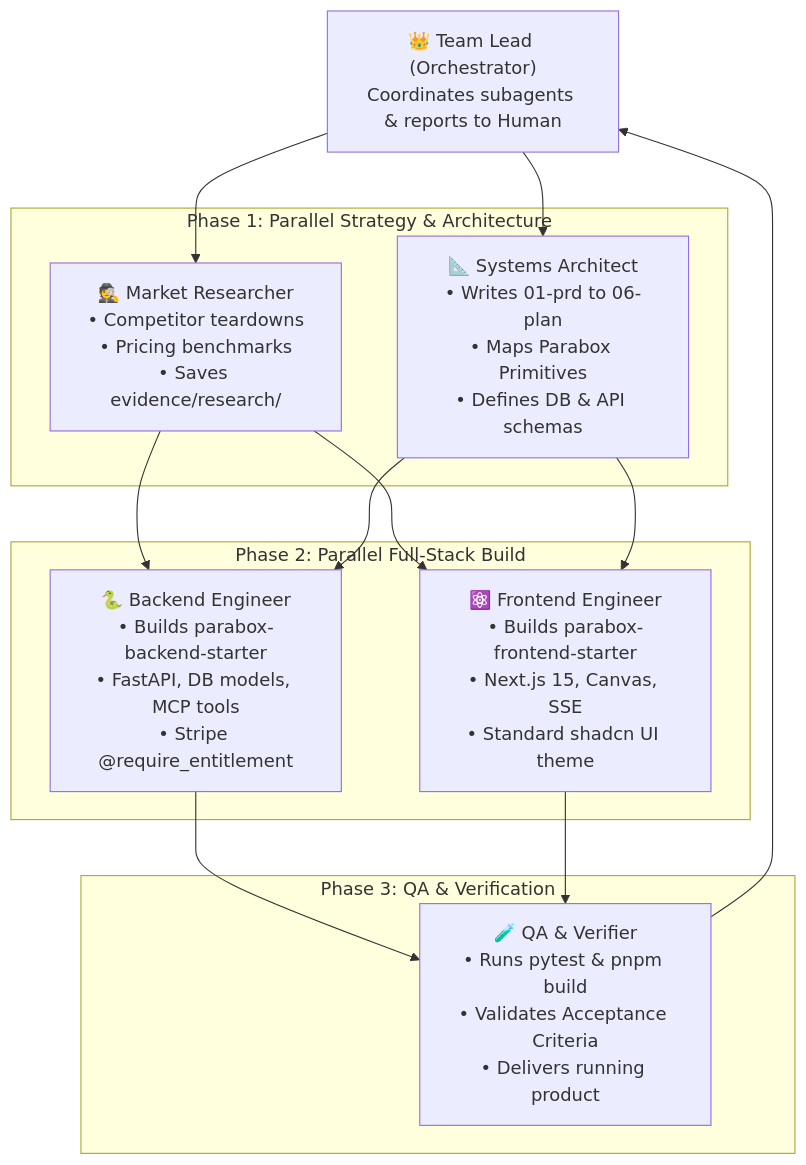
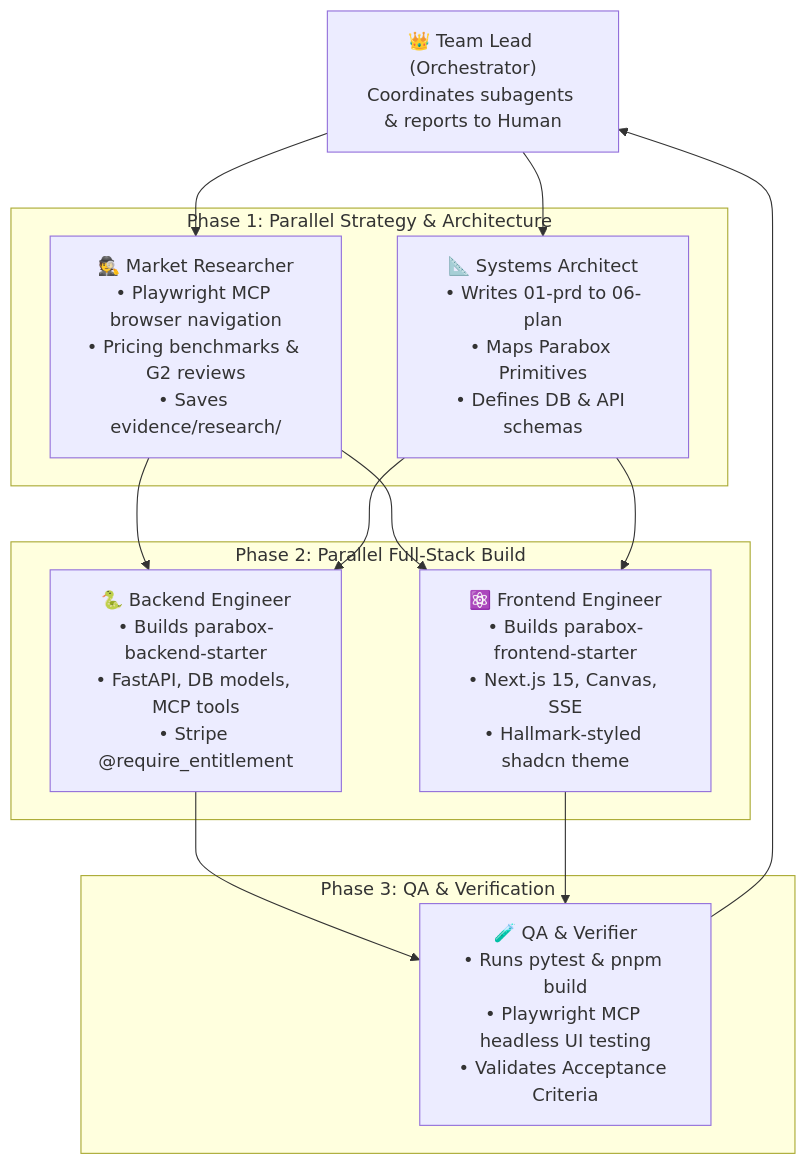
The diagram in skills/idea-to-product/SKILL.md (parabox-so/parabox-setup), drawn with Mermaid before and after one commit. The commit also changed other lines of this file and 2 other files, not shown here.

Commit message:
feat: configure Playwright MCP server and browser testing in agent skills

````diff
--- a/skills/idea-to-product/SKILL.md
+++ b/skills/idea-to-product/SKILL.md
@@ -14,23 +14,23 @@
 ```mermaid
 flowchart TD
     Lead["👑 Team Lead (Orchestrator)<br/>Coordinates subagents & reports to Human"]
     
     subgraph ParallelDiscovery["Phase 1: Parallel Strategy & Architecture"]
-        R["🕵️ Market Researcher<br/>• Competitor teardowns<br/>• Pricing benchmarks<br/>• Saves evidence/research/"]
+        R["🕵️ Market Researcher<br/>• Playwright MCP browser navigation<br/>• Pricing benchmarks & G2 reviews<br/>• Saves evidence/research/"]
         A["📐 Systems Architect<br/>• Writes 01-prd to 06-plan<br/>• Maps Parabox Primitives<br/>• Defines DB & API schemas"]
     end
 
     subgraph ParallelBuild["Phase 2: Parallel Full-Stack Build"]
         B["🐍 Backend Engineer<br/>• Builds parabox-backend-starter<br/>• FastAPI, DB models, MCP tools<br/>• Stripe @require_entitlement"]
-        F["⚛️ Frontend Engineer<br/>• Builds parabox-frontend-starter<br/>• Next.js 15, Canvas, SSE<br/>• Standard shadcn UI theme"]
+        F["⚛️ Frontend Engineer<br/>• Builds parabox-frontend-starter<br/>• Next.js 15, Canvas, SSE<br/>• Hallmark-styled shadcn theme"]
     end
 
     subgraph Verification["Phase 3: QA & Verification"]
-        Q["🧪 QA & Verifier<br/>• Runs pytest & pnpm build<br/>• Validates Acceptance Criteria<br/>• Delivers running product"]
+        Q["🧪 QA & Verifier<br/>• Runs pytest & pnpm build<br/>• Playwright MCP headless UI testing<br/>• Validates Acceptance Criteria"]
     end
 
     Lead --> R & A
     R & A --> B & F
     B & F --> Q
     Q --> Lead
 ```
````
